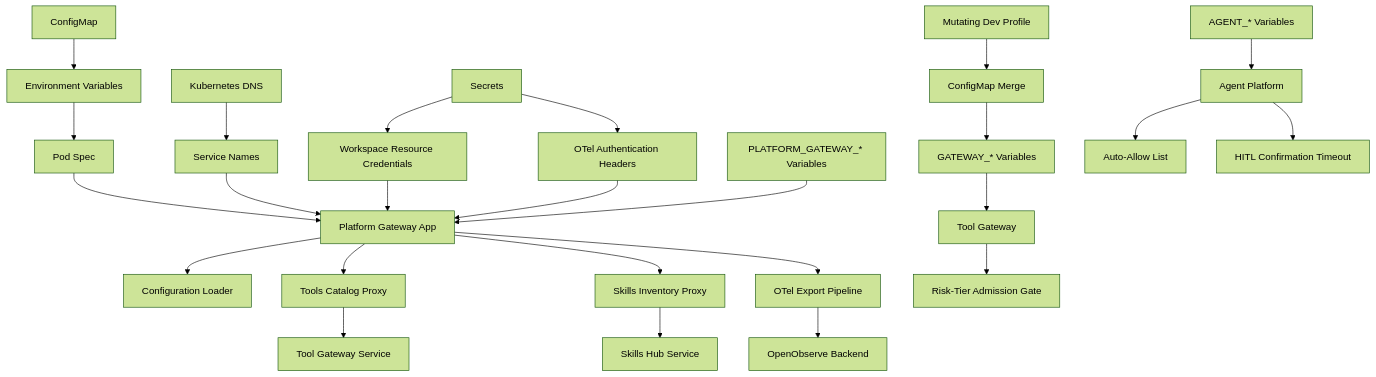
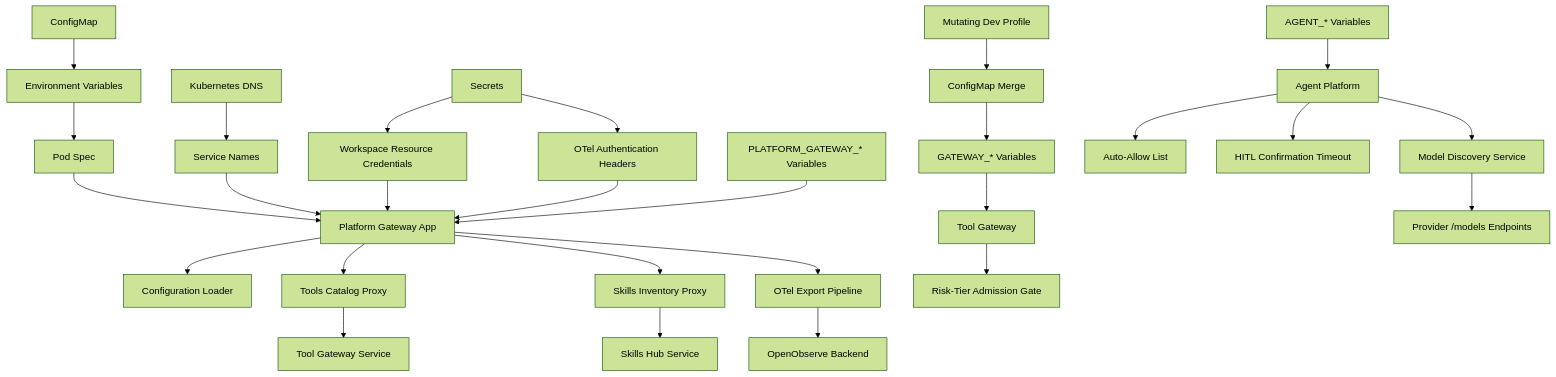
Before and after one commit to metasync/luban-aiops: diagram 13 of 14 in .qoder/repowiki/en/content/Tool Gateway Service/Configuration and Environment Setup.md, drawn with Mermaid (forest theme). The commit also changed other lines of this file and 7 other files, not shown here.

````diff
--- a/.qoder/repowiki/en/content/Tool Gateway Service/Configuration and Environment Setup.md
+++ b/.qoder/repowiki/en/content/Tool Gateway Service/Configuration and Environment Setup.md
@@ -657,27 +726,29 @@
 ```mermaid
 graph TB
 CM["ConfigMap"] --> ENV["Environment Variables"]
 ENV --> POD["Pod Spec"]
 POD --> APP["Platform Gateway App"]
 APP --> CFG["Configuration Loader"]
 DNS["Kubernetes DNS"] --> SVC["Service Names"]
 SVC --> APP
 Secrets["Secrets"] --> WorkspaceCreds["Workspace Resource Credentials"]
 Secrets --> OTelCreds["OTel Authentication Headers"]
 WorkspaceCreds --> APP
 OTelCreds --> APP
 AppEnv["PLATFORM_GATEWAY_* Variables"] --> APP
 APP --> ToolsProxy["Tools Catalog Proxy"]
 APP --> SkillsProxy["Skills Inventory Proxy"]
 ToolsProxy --> ToolsSvc["Tool Gateway Service"]
 SkillsProxy --> SkillsSvc["Skills Hub Service"]
 APP --> OTelExport["OTel Export Pipeline"]
 OTelExport --> Backend["OpenObserve Backend"]
 ToolGWEnv["GATEWAY_* Variables"] --> ToolGW["Tool Gateway"]
 ToolGW --> RiskGate["Risk-Tier Admission Gate"]
 AgentEnv["AGENT_* Variables"] --> Agent["Agent Platform"]
 Agent --> AutoAllow["Auto-Allow List"]
 Agent --> HITLTimeout["HITL Confirmation Timeout"]
+Agent --> ModelDisc["Model Discovery Service"]
+ModelDisc --> ProviderEndpoints["Provider /models Endpoints"]
 MutDev["Mutating Dev Profile"] --> ConfigMerge["ConfigMap Merge"]
 ConfigMerge --> ToolGWEnv
 ```
````
